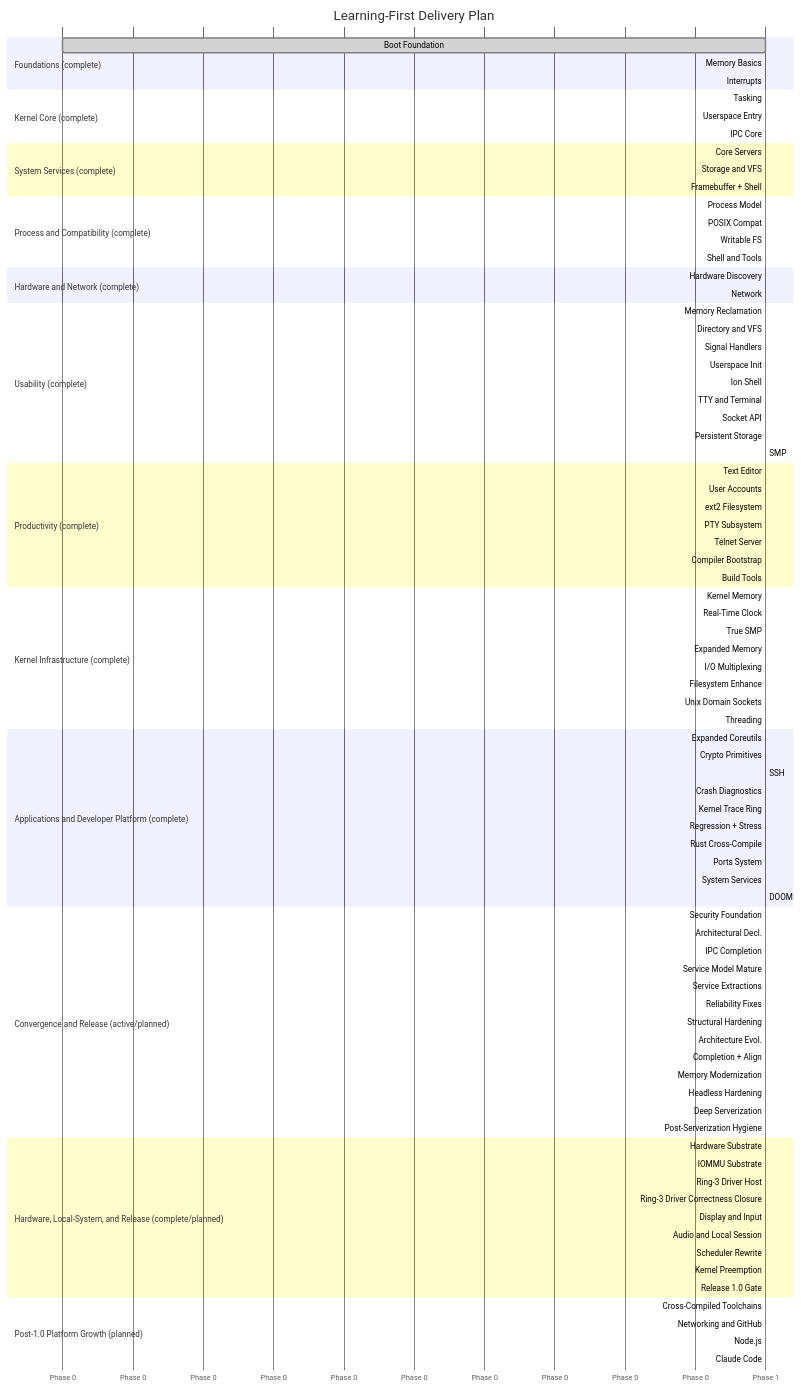
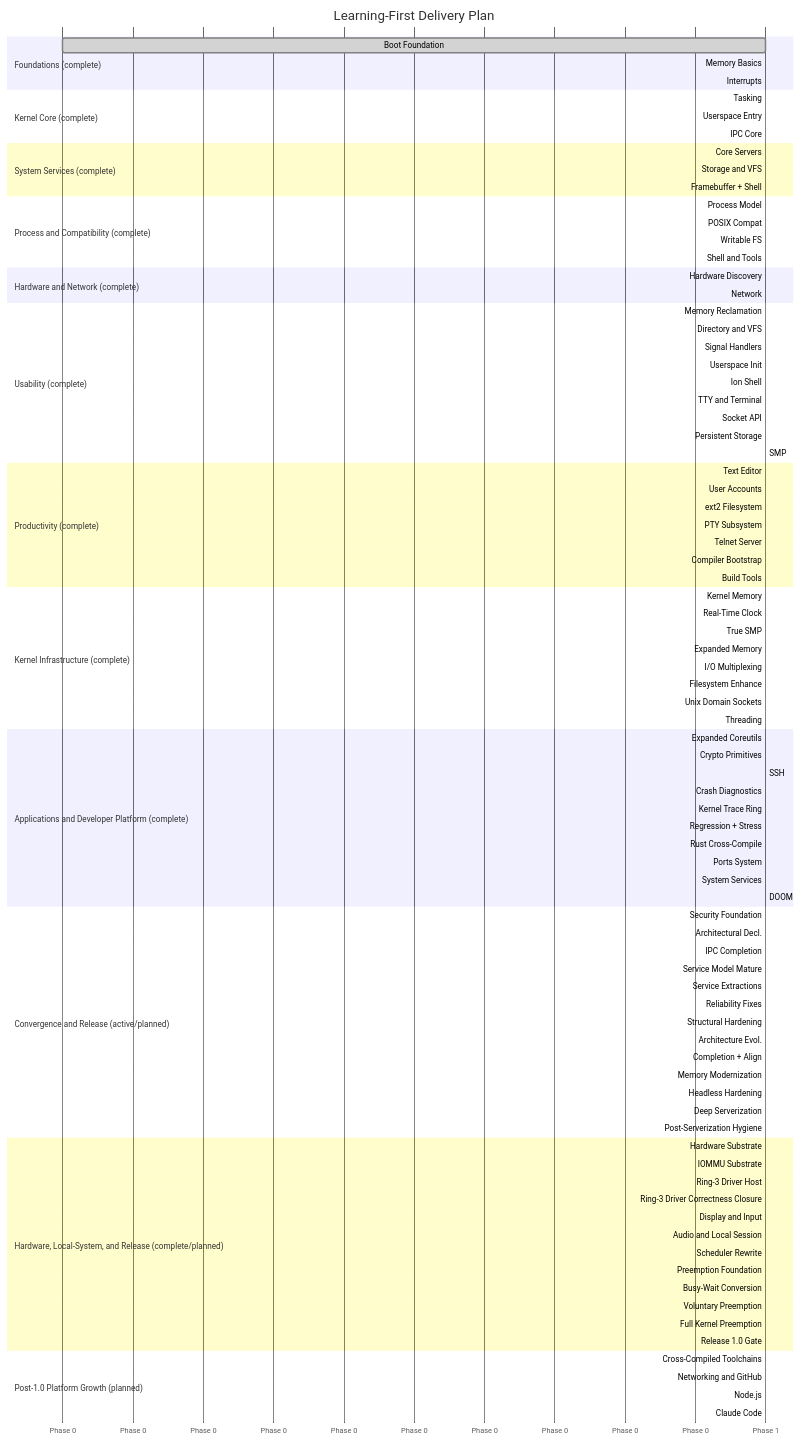
The second of 2 diagrams in docs/roadmap/README.md (mikecubed/m3OS), drawn with Mermaid before and after one commit. The commit also changed other lines of this file and 8 other files, not shown here.

First line of the commit message:
docs: split Phase 57b kernel preemption into 57b/57c/57d/57e (#131)

```diff
--- a/docs/roadmap/README.md
+++ b/docs/roadmap/README.md
@@ -412,7 +421,10 @@
     Display and Input       :p56, after p55b, 1
     Audio and Local Session :p57, after p56, 1
     Scheduler Rewrite       :done, p57a, after p57, 1
-    Kernel Preemption       :p57b, after p57a, 1
+    Preemption Foundation   :p57b, after p57a, 1
+    Busy-Wait Conversion    :p57c, after p57a, 1
+    Voluntary Preemption    :p57d, after p57b, 1
+    Full Kernel Preemption  :p57e, after p57d, 1
     Release 1.0 Gate        :p58, after p55c, 1
 
     section Post-1.0 Platform Growth (planned)
```
